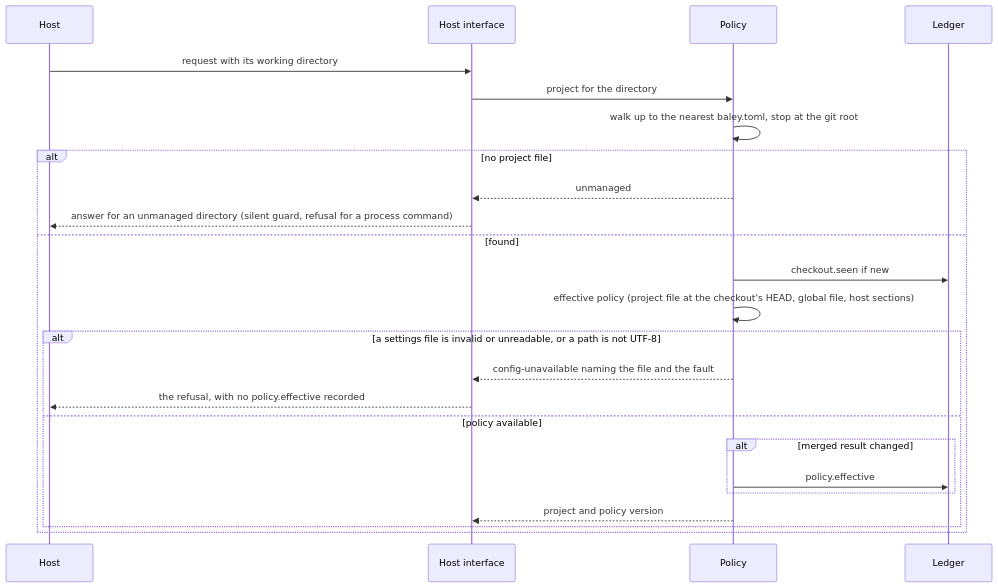
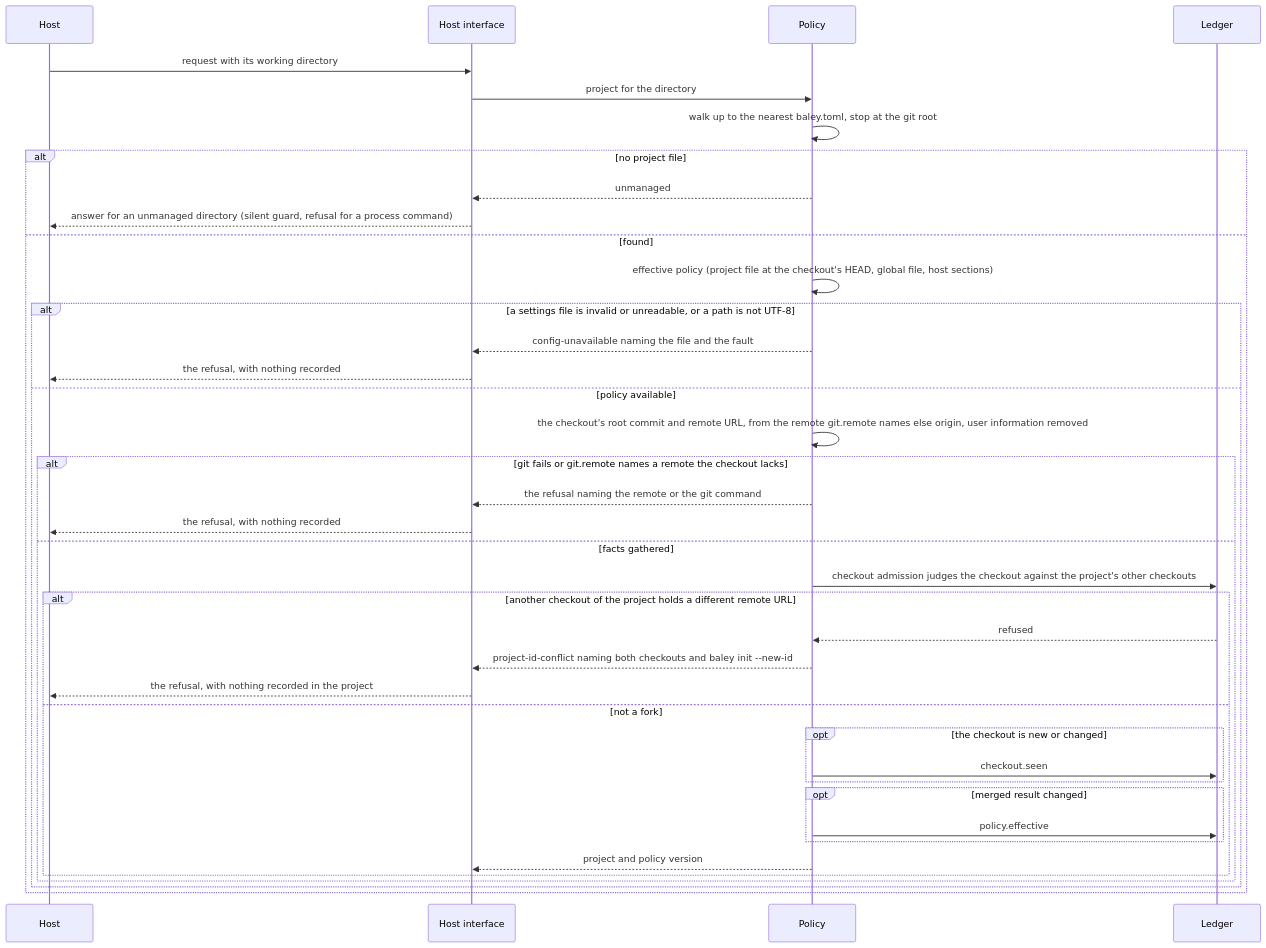
The seventh of 7 diagrams in docs/design/0003-configuration-and-routing.md (crenshawdev/baley), drawn with Mermaid before and after one commit. The commit also changed other lines of this file, not shown here.

Commit message:
docs(design): reorder 0003's figure 7 and version table around checkout admission
The figure put checkout.seen before the settings read and said it arrived in
Build 2 T13. It now follows the code: policy, the checkout's facts, the fork
judgement, checkout.seen, policy.effective. The caption and the version table
carry the remote a checkout records, the refusal and init's two orders.

````diff
--- a/docs/design/0003-configuration-and-routing.md
+++ b/docs/design/0003-configuration-and-routing.md
@@ -618,26 +619,41 @@
 ```mermaid
 sequenceDiagram
   participant H as Host
   participant I as Host interface
   participant P as Policy
   participant L as Ledger
   H->>I: request with its working directory
   I->>P: project for the directory
   P->>P: walk up to the nearest baley.toml, stop at the git root
   alt no project file
     P-->>I: unmanaged
     I-->>H: answer for an unmanaged directory (silent guard, refusal for a process command)
   else found
-    P->>L: checkout.seen if new
     P->>P: effective policy (project file at the checkout's HEAD, global file, host sections)
     alt a settings file is invalid or unreadable, or a path is not UTF-8
       P-->>I: config-unavailable naming the file and the fault
-      I-->>H: the refusal, with no policy.effective recorded
+      I-->>H: the refusal, with nothing recorded
     else policy available
-      alt merged result changed
-        P->>L: policy.effective
+      P->>P: the checkout's root commit and remote URL, from the remote git.remote names else origin, user information removed
+      alt git fails or git.remote names a remote the checkout lacks
+        P-->>I: the refusal naming the remote or the git command
+        I-->>H: the refusal, with nothing recorded
+      else facts gathered
+        P->>L: checkout admission judges the checkout against the project's other checkouts
+        alt another checkout of the project holds a different remote URL
+          L-->>P: refused
+          P-->>I: project-id-conflict naming both checkouts and baley init --new-id
+          I-->>H: the refusal, with nothing recorded in the project
+        else not a fork
+          opt the checkout is new or changed
+            P->>L: checkout.seen
+          end
+          opt merged result changed
+            P->>L: policy.effective
+          end
+          P-->>I: project and policy version
+        end
       end
-      P-->>I: project and policy version
     end
   end
 ```
````
